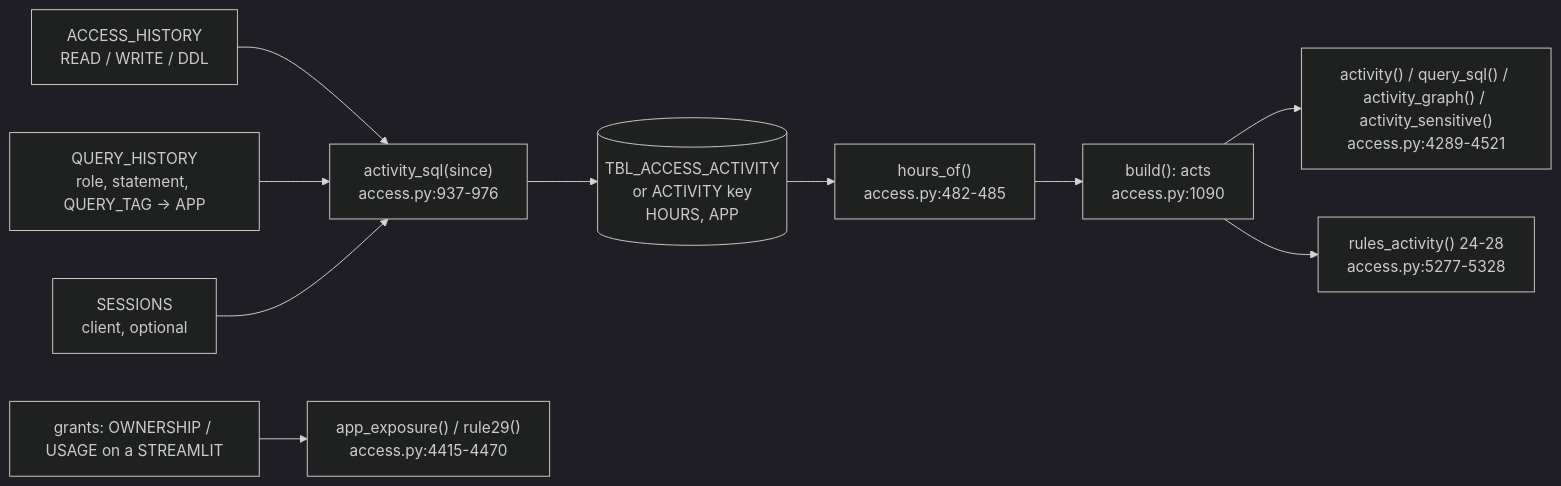
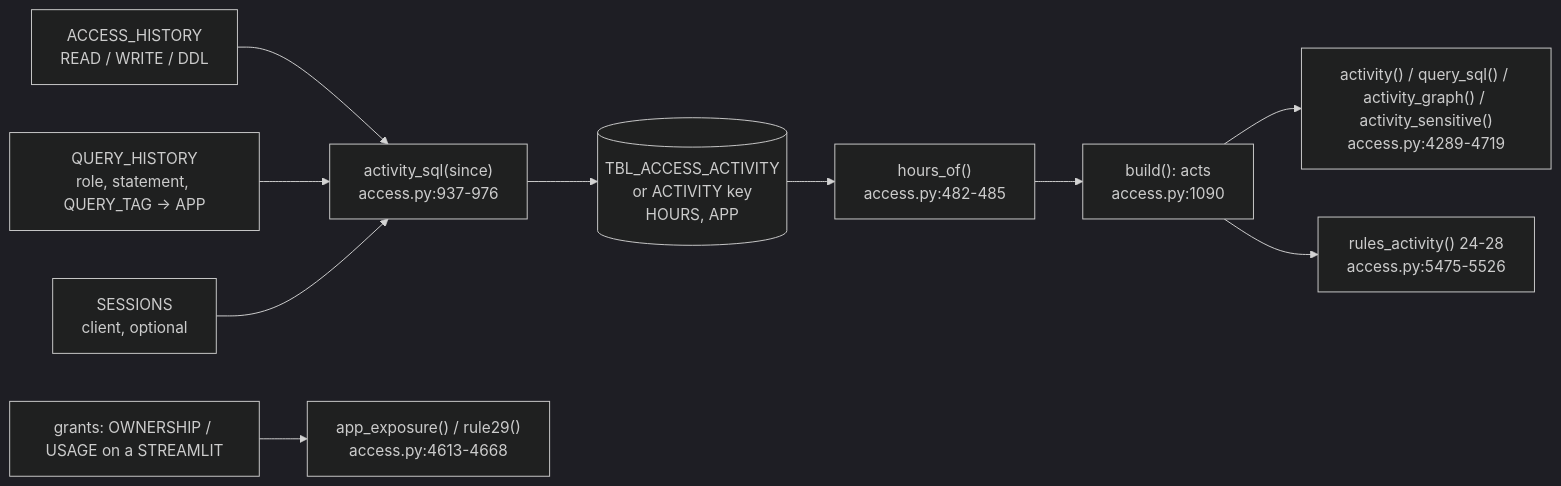
One commit to darshanmeel/snowflake-access-explorer changed the diagram in snowflake-access-explorer-knowledge-graph/logic/activity.md. Above: the diagram before and after it, drawn with Mermaid (dark theme). The commit also changed other lines of this file and 62 other files, not shown here.

First line of the commit message:
Docs and knowledge graph for the SQL panel; section SQL leaves the app's own queries out like the tab

````diff
--- a/snowflake-access-explorer-knowledge-graph/logic/activity.md
+++ b/snowflake-access-explorer-knowledge-graph/logic/activity.md
@@ -6,12 +6,12 @@
 ```mermaid
 flowchart LR
   AH[ACCESS_HISTORY<br/>READ / WRITE / DDL] --> SQLA["activity_sql(since)<br/>access.py:937-976"]
   QH[QUERY_HISTORY<br/>role, statement, QUERY_TAG -> APP] --> SQLA
   SE[SESSIONS<br/>client, optional] --> SQLA
   SQLA --> T[(TBL_ACCESS_ACTIVITY<br/>or ACTIVITY key<br/>HOURS, APP)]
   T --> HO["hours_of()<br/>access.py:482-485"]
   HO --> ACTS["build(): acts<br/>access.py:1090"]
-  ACTS --> TAB["activity() / query_sql() / activity_graph() / activity_sensitive()<br/>access.py:4289-4521"]
-  ACTS --> R["rules_activity() 24-28<br/>access.py:5277-5328"]
-  G[grants: OWNERSHIP / USAGE on a STREAMLIT] --> AX["app_exposure() / rule29()<br/>access.py:4415-4470"]
+  ACTS --> TAB["activity() / query_sql() / activity_graph() / activity_sensitive()<br/>access.py:4289-4719"]
+  ACTS --> R["rules_activity() 24-28<br/>access.py:5475-5526"]
+  G[grants: OWNERSHIP / USAGE on a STREAMLIT] --> AX["app_exposure() / rule29()<br/>access.py:4613-4668"]
 ```
````
